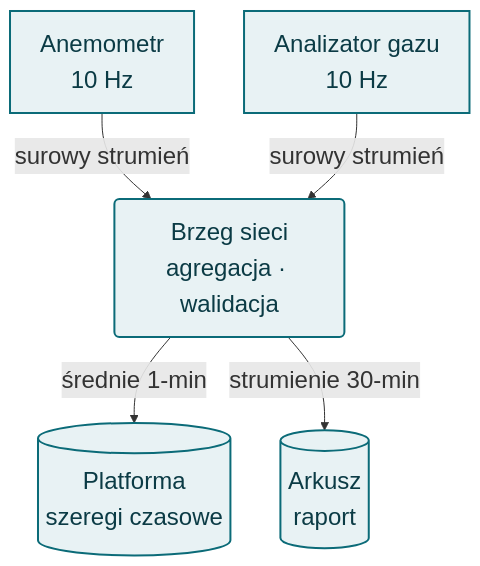
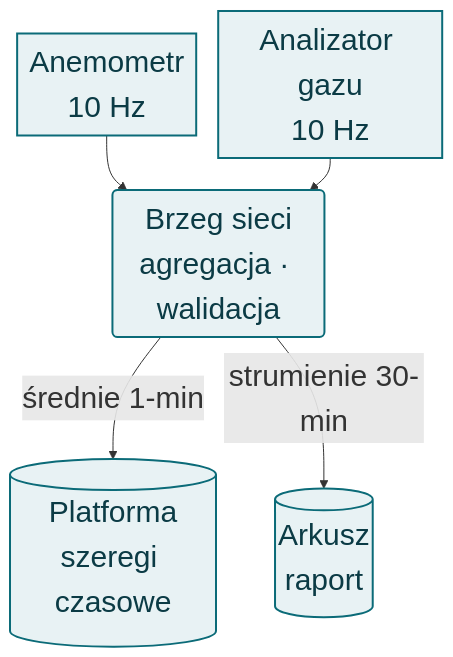
Before and after one commit to moondec/iot_lectures: the first of 3 diagrams in slides/05-brzeg-node-red-sheets.qmd, drawn with Mermaid. The commit also changed other lines of this file and 17 other files, not shown here.

First line of the commit message:
Make Mermaid diagrams legible and stop label clipping

````diff
--- a/slides/05-brzeg-node-red-sheets.qmd
+++ b/slides/05-brzeg-node-red-sheets.qmd
@@ -58,17 +58,17 @@
 ```{mermaid}
 %%| fig-width: 6.6
-%%| fig-height: 3.8
-%%{init: {"themeVariables": {"fontSize": "24px"}}}%%
+%%| fig-height: 5
+%%{init: {"themeVariables": {"fontSize": "30px"}, "flowchart": {"nodeSpacing": 22, "rankSpacing": 32, "padding": 6, "diagramPadding": 4}}}%%
 flowchart TD
     A["Anemometr<br>10 Hz"]
     B["Analizator gazu<br>10 Hz"]
     C("Brzeg sieci<br>agregacja · walidacja")
     D[("Platforma<br>szeregi czasowe")]
     G[("Arkusz<br>raport")]
-    A -- "surowy strumień" --> C
-    B -- "surowy strumień" --> C
+    A --> C
+    B --> C
     C -- "średnie 1-min" --> D
     C -- "strumienie 30-min" --> G
     classDef n fill:#e8f2f4,stroke:#0b6b78,stroke-width:2px,color:#0b3b45
     class A,B,C,D,G n
 ```
````
